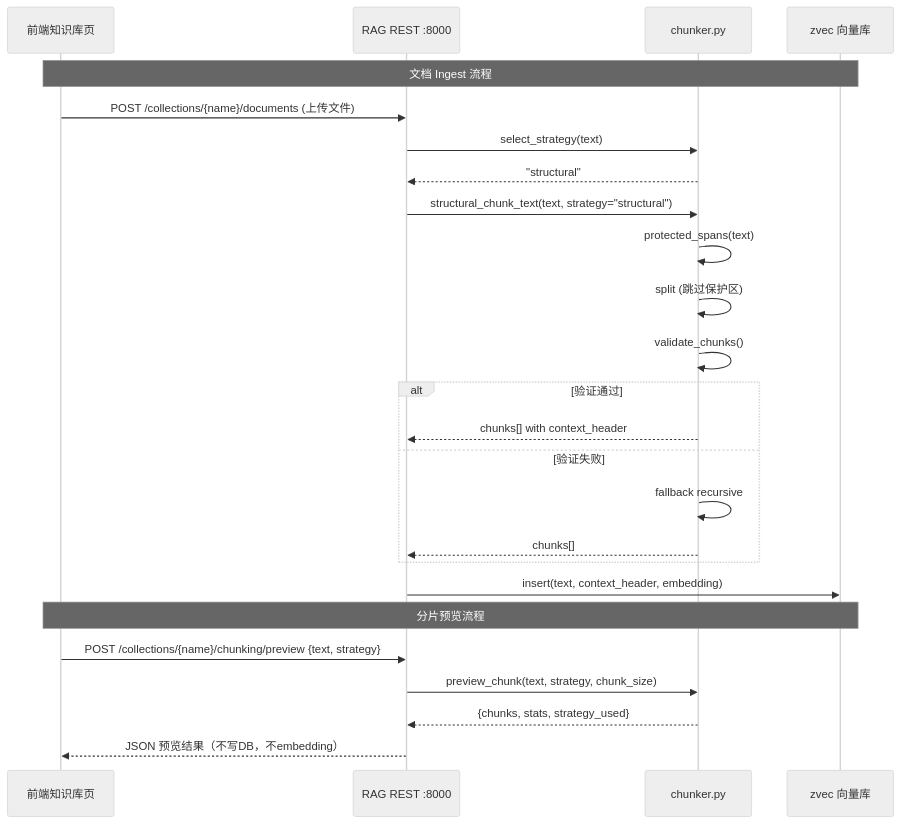
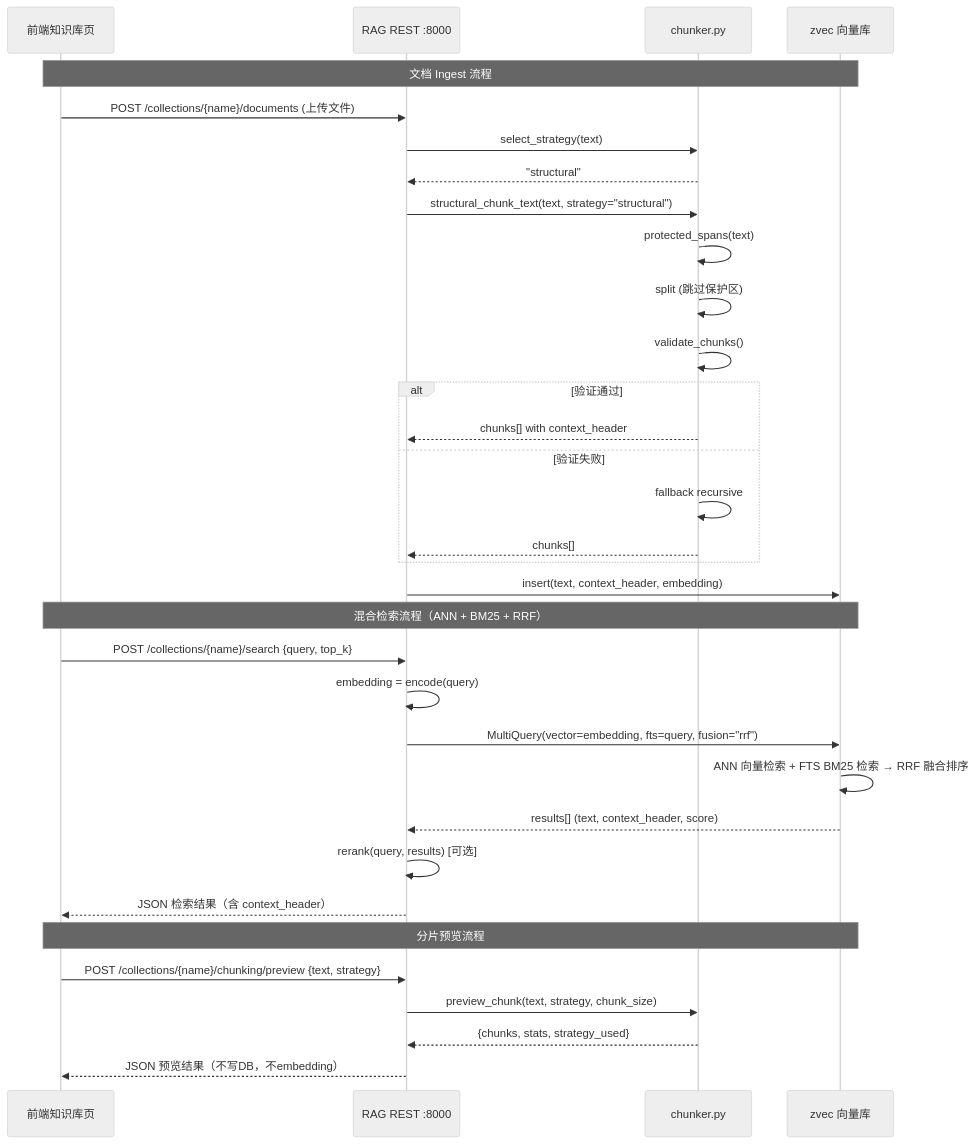
Before and after one commit to mambo-wang/CodingHub: the second of 3 diagrams in openspec/changes/rag-adaptive-chunking/design.md, drawn with Mermaid (neutral theme). The commit also changed other lines of this file and 4 other files, not shown here.

````diff
--- a/openspec/changes/rag-adaptive-chunking/design.md
+++ b/openspec/changes/rag-adaptive-chunking/design.md
@@ -140,29 +174,38 @@
 ```mermaid
 sequenceDiagram
     participant FE as 前端知识库页
     participant RAG as RAG REST :8000
     participant Chunker as chunker.py
     participant ZVec as zvec 向量库
 
     Note over FE,ZVec: 文档 Ingest 流程
     FE->>RAG: POST /collections/{name}/documents (上传文件)
     RAG->>Chunker: select_strategy(text)
     Chunker-->>RAG: "structural"
     RAG->>Chunker: structural_chunk_text(text, strategy="structural")
     Chunker->>Chunker: protected_spans(text)
     Chunker->>Chunker: split (跳过保护区)
     Chunker->>Chunker: validate_chunks()
     alt 验证通过
         Chunker-->>RAG: chunks[] with context_header
     else 验证失败
         Chunker->>Chunker: fallback recursive
         Chunker-->>RAG: chunks[]
     end
     RAG->>ZVec: insert(text, context_header, embedding)
 
+    Note over FE,ZVec: 混合检索流程（ANN + BM25 + RRF）
+    FE->>RAG: POST /collections/{name}/search {query, top_k}
+    RAG->>RAG: embedding = encode(query)
+    RAG->>ZVec: MultiQuery(vector=embedding, fts=query, fusion="rrf")
+    ZVec->>ZVec: ANN 向量检索 + FTS BM25 检索 → RRF 融合排序
+    ZVec-->>RAG: results[] (text, context_header, score)
+    RAG->>RAG: rerank(query, results) [可选]
+    RAG-->>FE: JSON 检索结果（含 context_header）
+
     Note over FE,ZVec: 分片预览流程
     FE->>RAG: POST /collections/{name}/chunking/preview {text, strategy}
     RAG->>Chunker: preview_chunk(text, strategy, chunk_size)
     Chunker-->>RAG: {chunks, stats, strategy_used}
     RAG-->>FE: JSON 预览结果（不写DB，不embedding）
 ```
````
